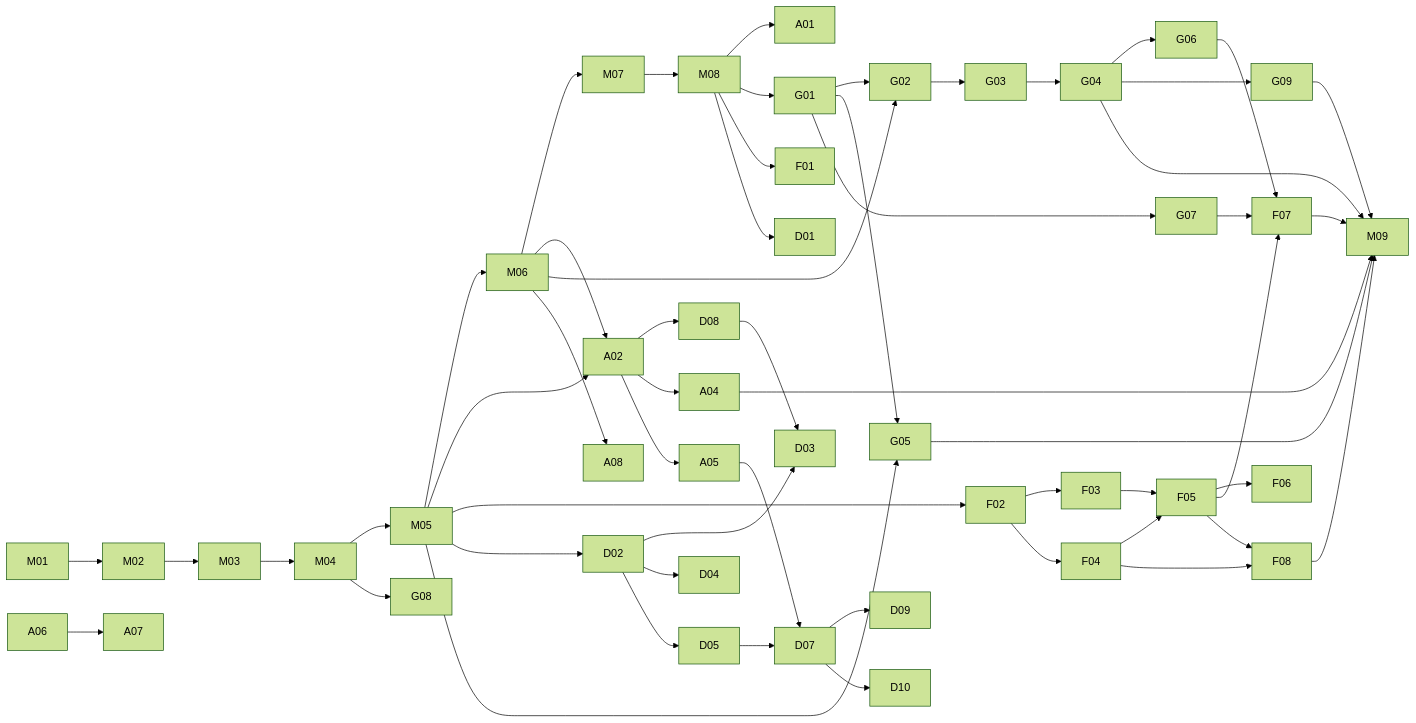
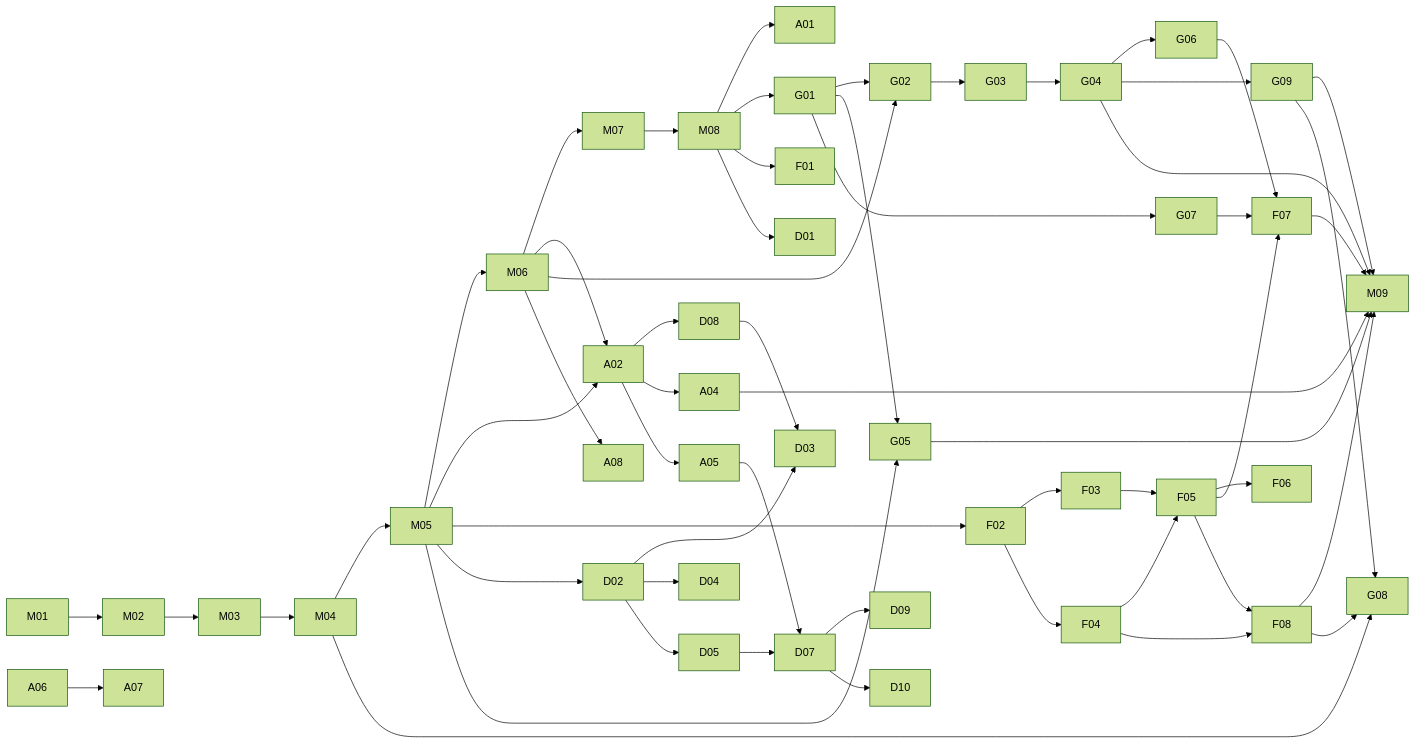
The diagram in docs/plan/LANES.md (mlip3191/battleRoyale), drawn with Mermaid (forest theme) before and after one commit. The commit also changed other lines of this file and 3 other files, not shown here.

````diff
--- a/docs/plan/LANES.md
+++ b/docs/plan/LANES.md
@@ -59,24 +59,24 @@
 ```mermaid
 graph LR
   M01-->M02-->M03-->M04-->M05-->M06-->M07-->M08
   M08-->A01 & G01 & F01 & D01
   M05-->A02 & F02 & D02 & G05
   M06-->A02 & G02 & A08
   A02-->D08 & A04 & A05
   G01-->G02 & G05 & G07
   G02-->G03-->G04-->G06
   F02-->F03 & F04
   F03 & F04-->F05-->F06
   F05 & G06 & G07-->F07
   G04-->G09
   F04 & F05-->F08
-  G09 & F08-->M09
+  G09 & F08-->M09 & G08
   D02-->D03 & D04 & D05
   D08-->D03
   D05-->D07
   A05-->D07
   A06-->A07
   M04-->G08
   G04 & G05 & F07 & A04-->M09
   D07-->D09 & D10
 ```
````
